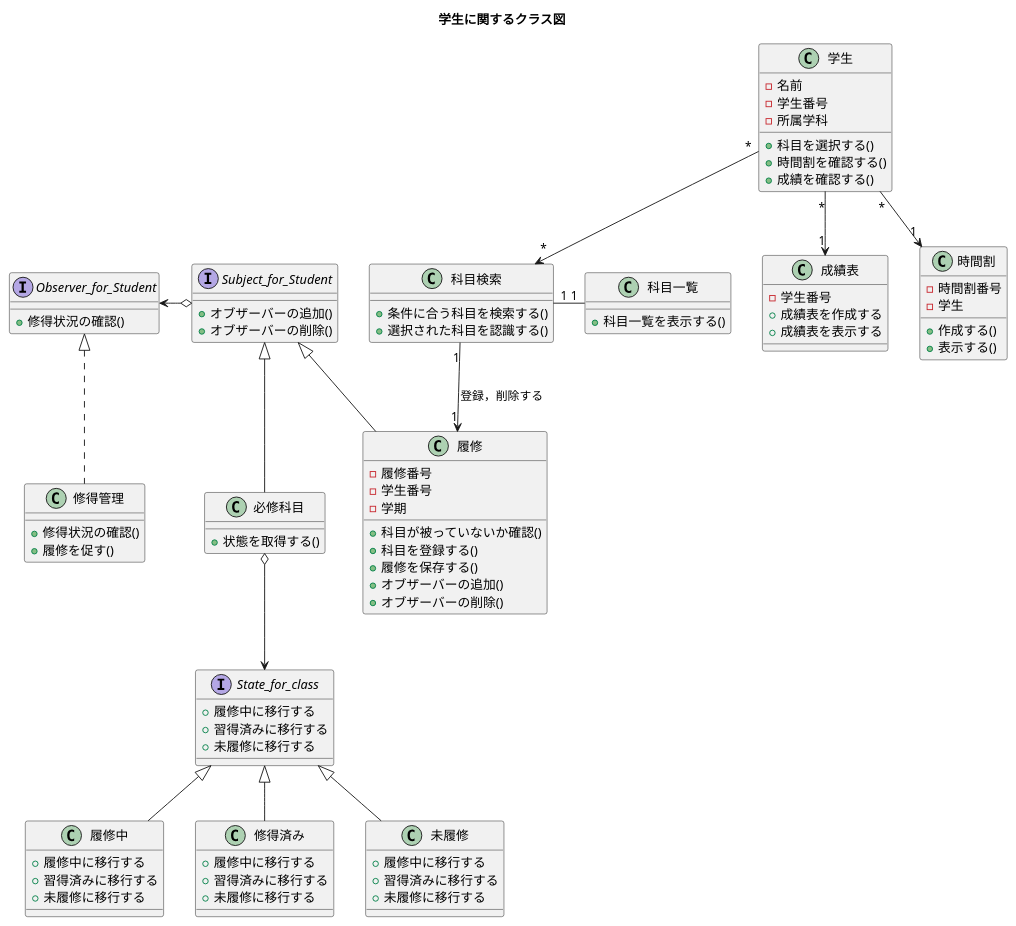
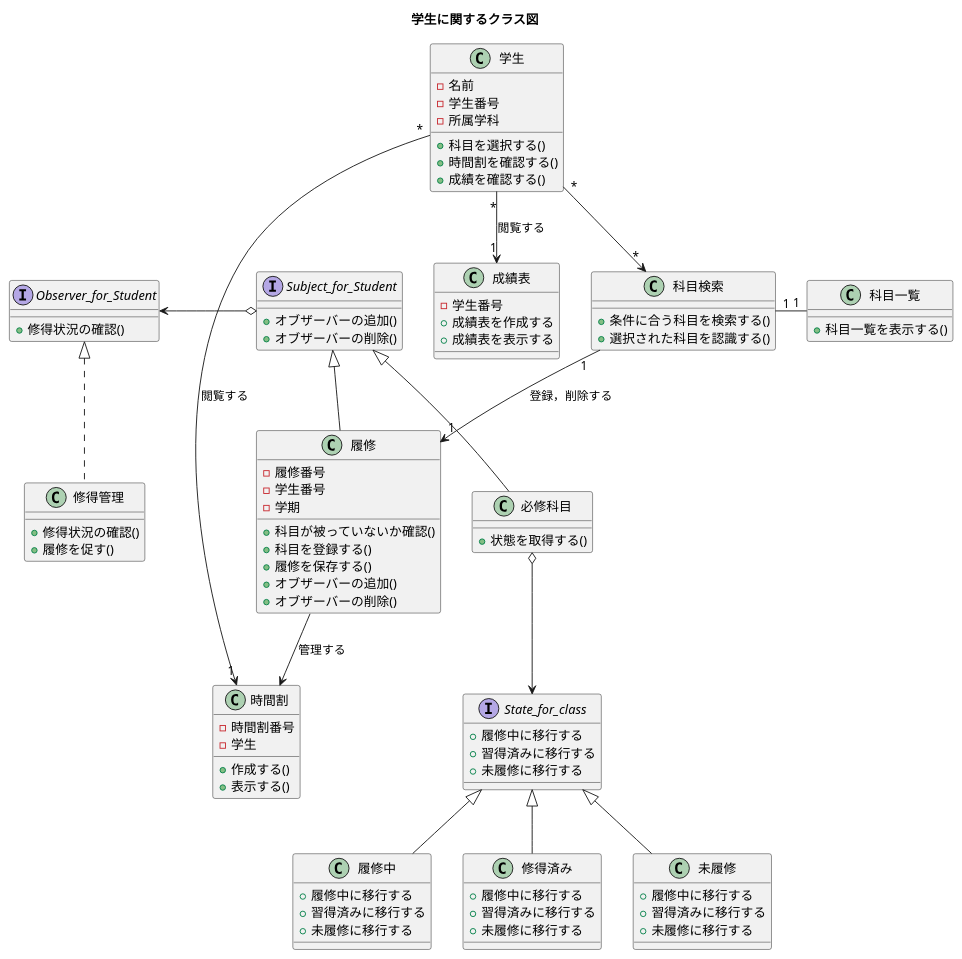
The diagram in uml/15/class2/class3.puml (tanusai646/software-desine), drawn with PlantUML before and after one commit. The commit also changed 41 other files, not shown here.

```diff
--- a/uml/15/class2/class3.puml
+++ b/uml/15/class2/class3.puml
@@ -1,104 +1,106 @@
-@startuml 8-3
+@startuml 9-3
 title 学生に関するクラス図
 
 '学生に関連するクラス
 class 学生{
     - 名前
     - 学生番号
     - 所属学科
     + 科目を選択する()
     + 時間割を確認する()
     + 成績を確認する()
 }
 
 class 履修 {
     - 履修番号
     - 学生番号
     - 学期
     + 科目が被っていないか確認()
     + 科目を登録する()
     + 履修を保存する()
     + オブザーバーの追加()
     + オブザーバーの削除()
 }
 
 interface State_for_class {
     + 履修中に移行する
     + 習得済みに移行する
     + 未履修に移行する
 }
 
 class 履修中{
     + 履修中に移行する
     + 習得済みに移行する
     + 未履修に移行する
 }
 
 class 修得済み{
     + 履修中に移行する
     + 習得済みに移行する
     + 未履修に移行する
 }
 
 class 未履修{
     + 履修中に移行する
     + 習得済みに移行する
     + 未履修に移行する
 }
 
 class 科目検索 {
     + 条件に合う科目を検索する()
     + 選択された科目を認識する()
 }
 
 class 科目一覧 {
     + 科目一覧を表示する()
 }
 
 class 必修科目 {
     + 状態を取得する()
 }
 
 class 修得管理 {
     + 修得状況の確認()
     + 履修を促す()
 }
 
 class 成績表{
     - 学生番号
     + 成績表を作成する
     + 成績表を表示する
 }
 
 class 時間割{
     - 時間割番号
     - 学生
     + 作成する()
     + 表示する()
 }
 
 interface Observer_for_Student{
     + 修得状況の確認()
 }
 
 interface Subject_for_Student{
     + オブザーバーの追加()
     + オブザーバーの削除()
 }
 
 学生 "*"-->"*" 科目検索
-学生 "*"-->"1" 時間割
-学生 "*"-->"1" 成績表
+学生 "*"-->"1" 時間割 : 閲覧する
+学生 "*"-->"1" 成績表 : 閲覧する
+
+履修 --> 時間割 : 管理する
 科目検索 "1"-right-"1" 科目一覧
 科目検索 "1"-->"1" 履修 : 登録，削除する
 
 Observer_for_Student <|.. 修得管理
 Observer_for_Student <-right-o Subject_for_Student
 Subject_for_Student <|-- 必修科目
 Subject_for_Student <|-- 履修
 
 必修科目 o--> State_for_class
 State_for_class <|-- 履修中
 State_for_class <|-- 修得済み
 State_for_class <|-- 未履修
 @enduml
```
